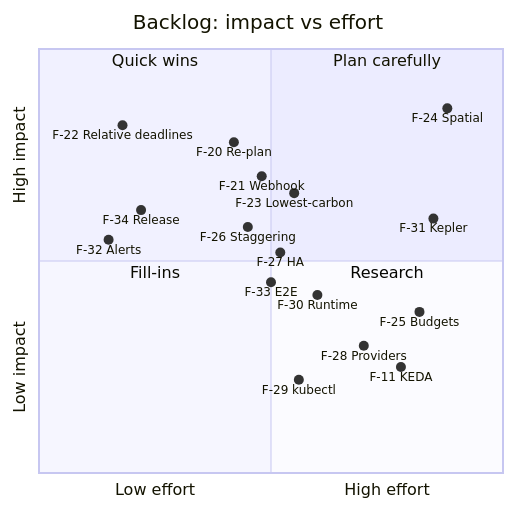
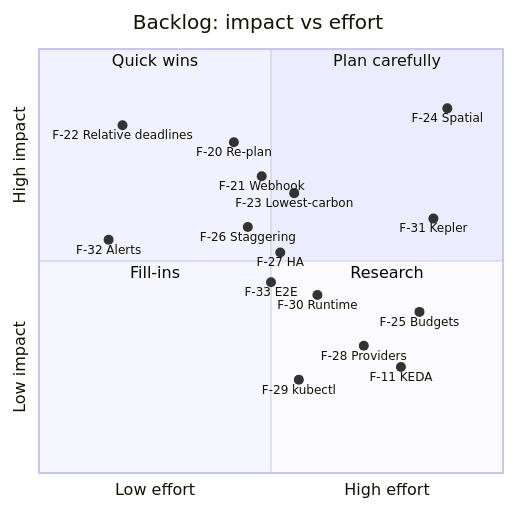
One commit to mahmudul-islam32/carbon-aware-k8s-scheduler changed the second of 3 diagrams in docs/FEATURES.md. Above: the diagram before and after it, drawn with Mermaid. The commit also changed other lines of this file and 11 other files, not shown here.

First line of the commit message:
ci(release): tag-triggered image, chart and release notes pipeline (F-34)

````diff
--- a/docs/FEATURES.md
+++ b/docs/FEATURES.md
@@ -447,26 +474,25 @@
 ```mermaid
 quadrantChart
     title Backlog: impact vs effort
     x-axis Low effort --> High effort
     y-axis Low impact --> High impact
     quadrant-1 Plan carefully
     quadrant-2 Quick wins
     quadrant-3 Fill-ins
     quadrant-4 Research
     F-22 Relative deadlines: [0.18, 0.82]
     F-20 Re-plan: [0.42, 0.78]
     F-32 Alerts: [0.15, 0.55]
-    F-34 Release: [0.22, 0.62]
     F-21 Webhook: [0.48, 0.70]
     F-26 Staggering: [0.45, 0.58]
     F-27 HA: [0.52, 0.52]
     F-33 E2E: [0.50, 0.45]
     F-23 Lowest-carbon: [0.55, 0.66]
     F-24 Spatial: [0.88, 0.86]
     F-25 Budgets: [0.82, 0.38]
     F-28 Providers: [0.70, 0.30]
     F-29 kubectl: [0.56, 0.22]
     F-30 Runtime: [0.60, 0.42]
     F-31 Kepler: [0.85, 0.60]
     F-11 KEDA: [0.78, 0.25]
 ```
````
